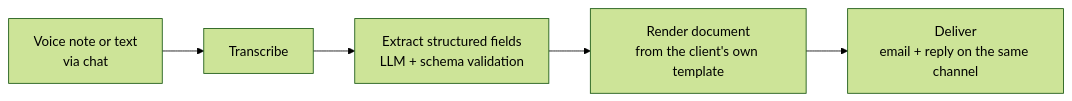
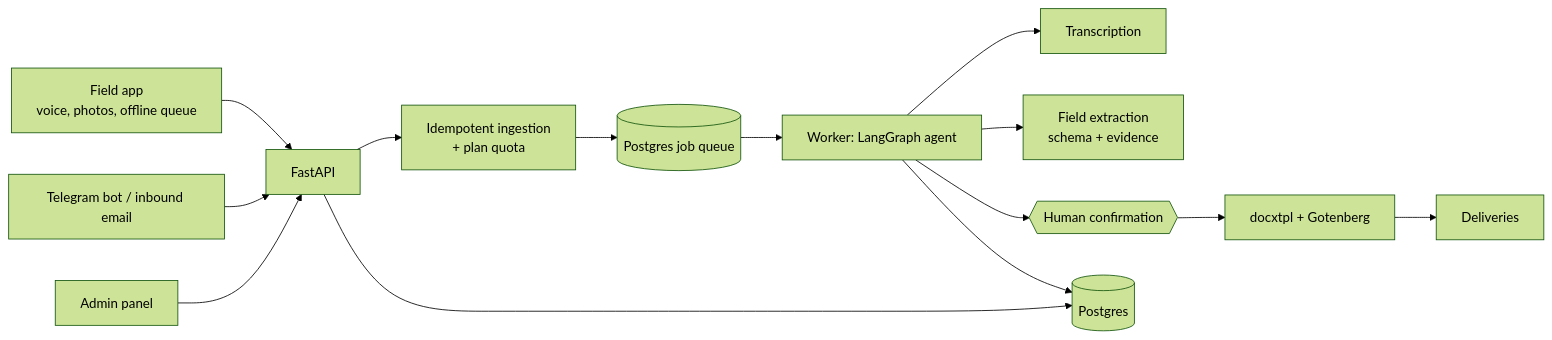
One commit to avaazquezz/ReportAI changed the diagram in README.md. Above: the diagram before and after it, drawn with Mermaid (forest theme). The commit also changed other lines of this file, not shown here.

Commit message:
docs: describe ReportAI as the field app for safety reports it now is in the README

````diff
--- a/README.md
+++ b/README.md
@@ -41,7 +33,16 @@
 ```mermaid
 flowchart LR
-    A[Voice note or text<br/>via chat] --> B[Transcribe]
-    B --> C[Extract structured fields<br/>LLM + schema validation]
-    C --> D[Render document<br/>from the client's own template]
-    D --> E[Deliver<br/>email + reply on the same channel]
+    App[Field app<br/>voice, photos, offline queue] --> API[FastAPI]
+    Conn[Telegram bot / inbound email] --> API
+    Panel[Admin panel] --> API
+    API --> In[Idempotent ingestion<br/>+ plan quota]
+    In --> Q[(Postgres job queue)]
+    Q --> W[Worker: LangGraph agent]
+    W --> T[Transcription]
+    W --> X[Field extraction<br/>schema + evidence]
+    W --> H{{Human confirmation}}
+    H --> R[docxtpl + Gotenberg]
+    R --> D[Deliveries]
+    API --> DB[(Postgres)]
+    W --> DB
 ```
````
